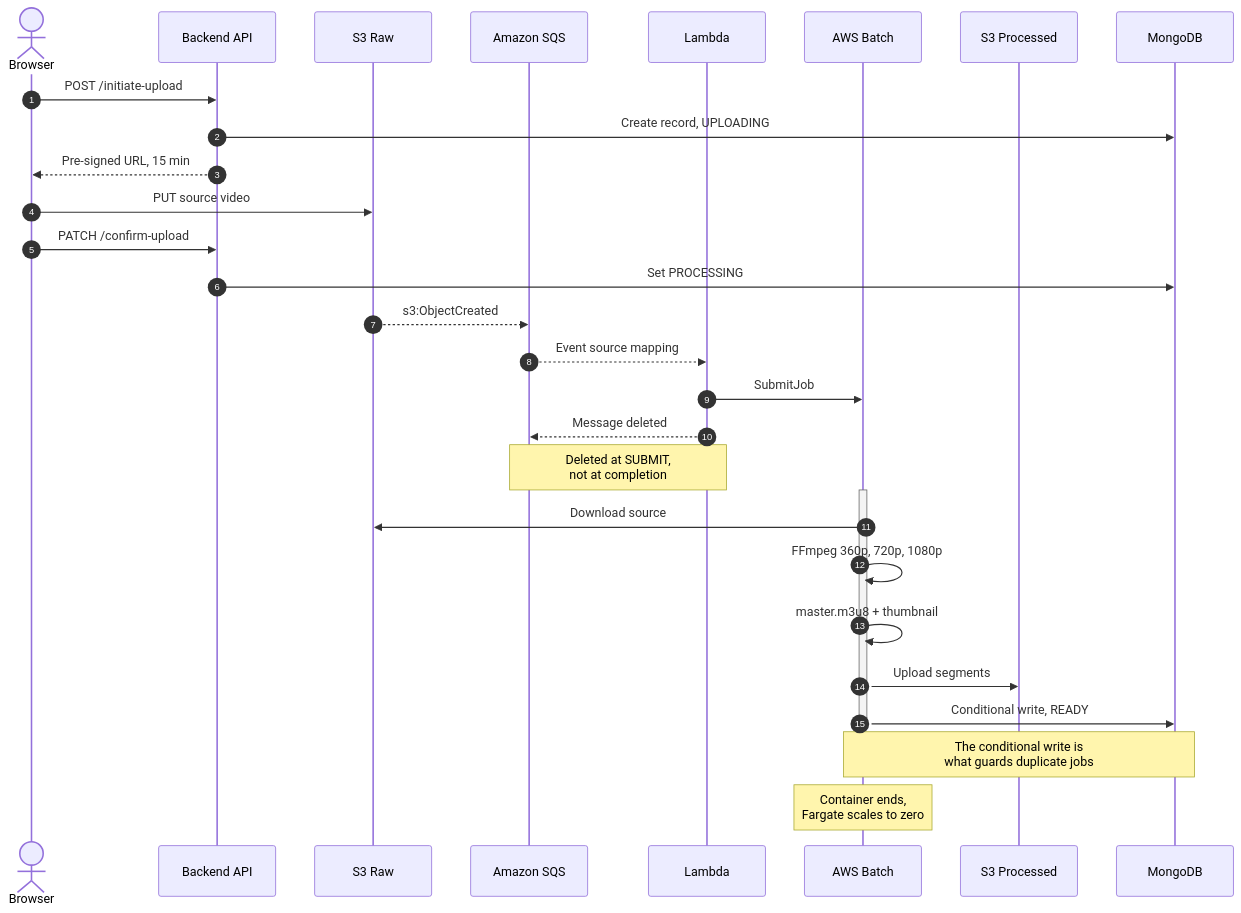
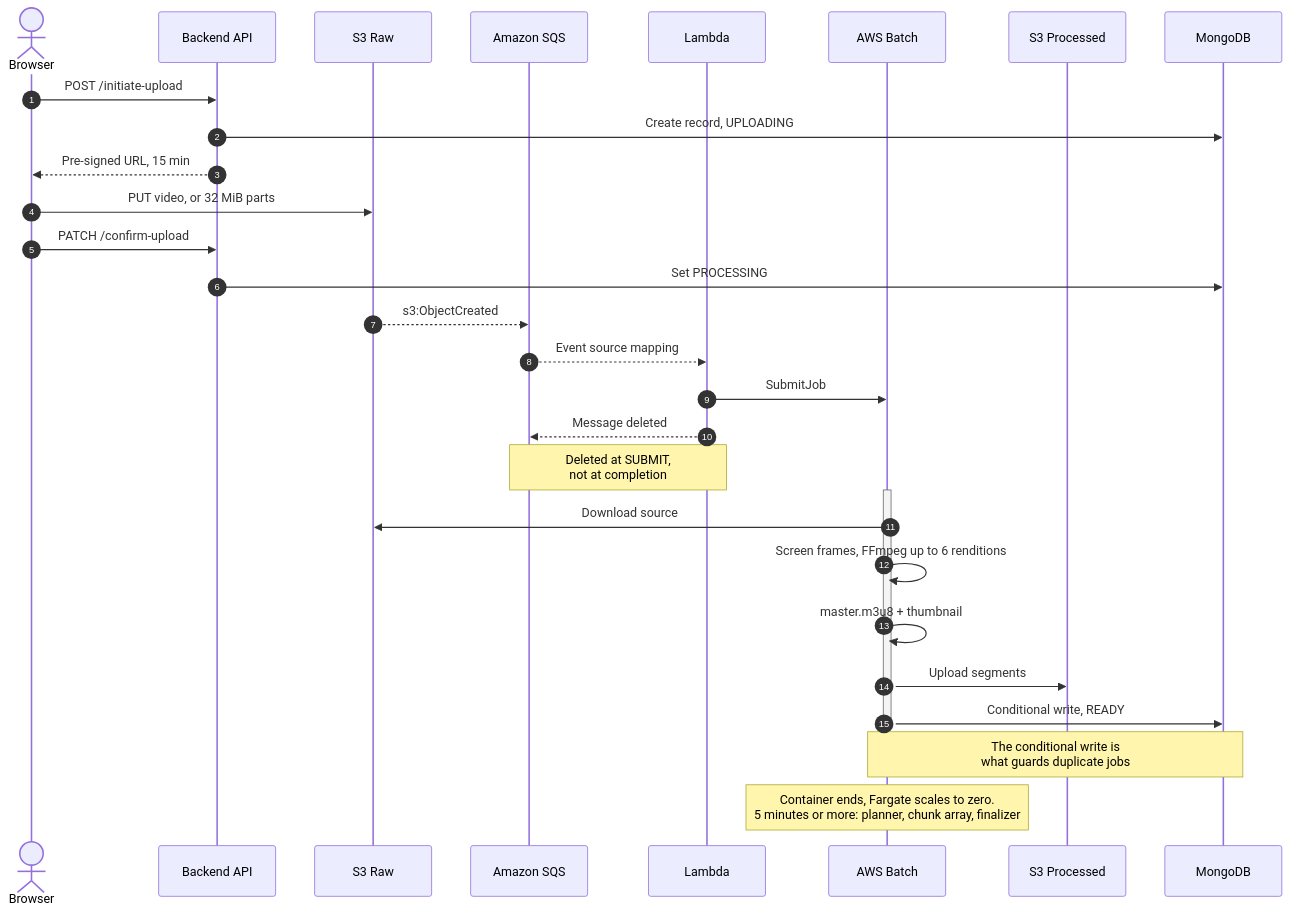
One commit to DinhQuocCuong28664/DACNTT_VideoStreaming changed the diagram in docs/diagrams/src/02-transcoding-sequence.mmd. Above: the diagram before and after it, drawn with Mermaid. The commit also changed 8 other files, not shown here.

```diff
--- a/docs/diagrams/src/02-transcoding-sequence.mmd
+++ b/docs/diagrams/src/02-transcoding-sequence.mmd
@@ -1,35 +1,35 @@
 sequenceDiagram
     autonumber
     actor User as Browser
     participant API as Backend API
     participant S3Raw as S3 Raw
     participant SQS as Amazon SQS
     participant Lambda as Lambda
     participant Batch as AWS Batch
     participant S3Proc as S3 Processed
     participant DB as MongoDB
 
     User->>API: POST /initiate-upload
     API->>DB: Create record, UPLOADING
     API-->>User: Pre-signed URL, 15 min
-    User->>S3Raw: PUT source video
+    User->>S3Raw: PUT video, or 32 MiB parts
 
     User->>API: PATCH /confirm-upload
     API->>DB: Set PROCESSING
 
     S3Raw-->>SQS: s3:ObjectCreated
     SQS-->>Lambda: Event source mapping
     Lambda->>Batch: SubmitJob
     Lambda-->>SQS: Message deleted
     Note over Lambda,SQS: Deleted at SUBMIT,<br/>not at completion
 
     activate Batch
     Batch->>S3Raw: Download source
-    Batch->>Batch: FFmpeg 360p, 720p, 1080p
+    Batch->>Batch: Screen frames, FFmpeg up to 6 renditions
     Batch->>Batch: master.m3u8 + thumbnail
     Batch->>S3Proc: Upload segments
     Batch->>DB: Conditional write, READY
     deactivate Batch
 
     Note over Batch,DB: The conditional write is<br/>what guards duplicate jobs
-    Note over Batch: Container ends,<br/>Fargate scales to zero
+    Note over Batch: Container ends, Fargate scales to zero.<br/>5 minutes or more: planner, chunk array, finalizer
```
